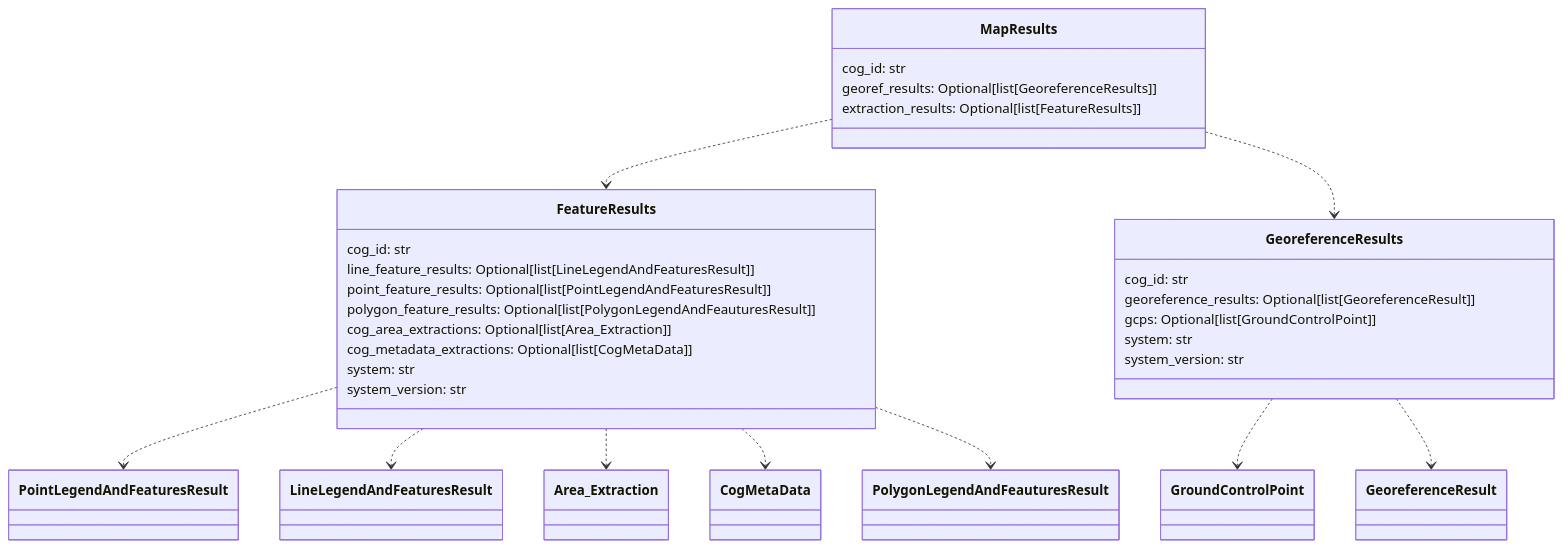
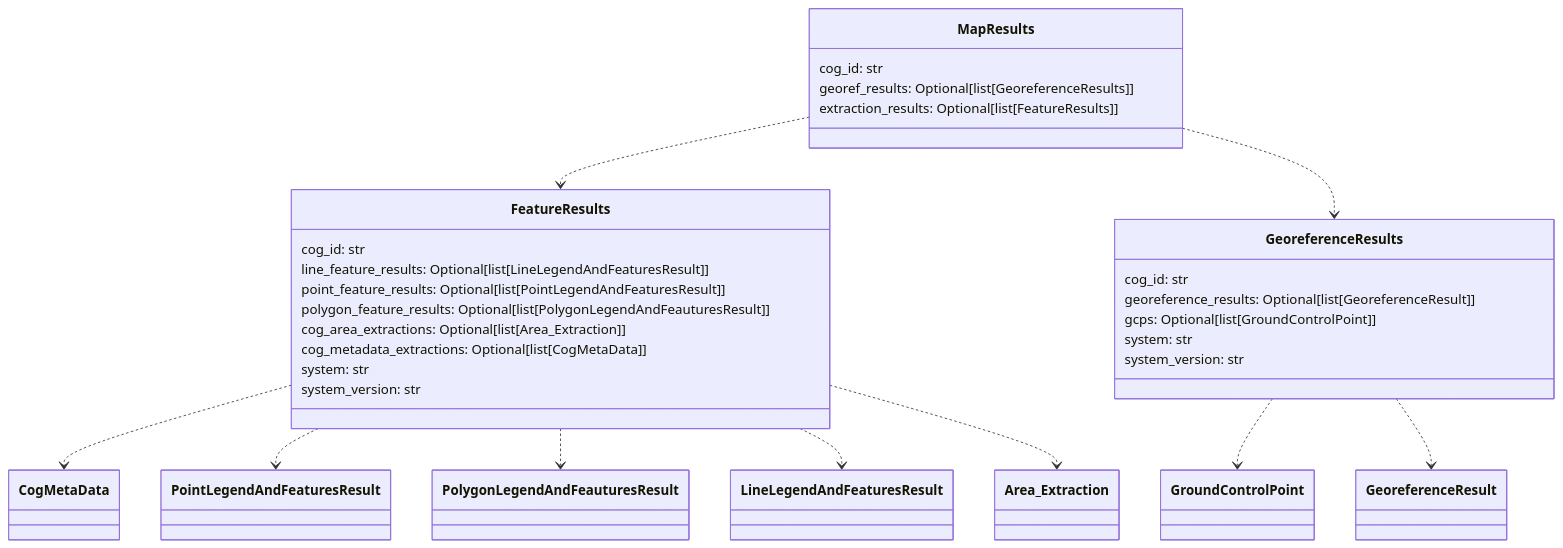
Before and after one commit to DARPA-CRITICALMAAS/cdr_schemas: diagram 11 of 12 in README.md, drawn with Mermaid. The commit also changed other lines of this file and 2 other files, not shown here.

````diff
--- a/README.md
+++ b/README.md
@@ -814,40 +814,40 @@
 ```mermaid
 classDiagram
 
     class FeatureResults {
         cog_id: str
         line_feature_results: Optional[list[LineLegendAndFeaturesResult]]
         point_feature_results: Optional[list[PointLegendAndFeaturesResult]]
         polygon_feature_results: Optional[list[PolygonLegendAndFeauturesResult]]
         cog_area_extractions: Optional[list[Area_Extraction]]
         cog_metadata_extractions: Optional[list[CogMetaData]]
         system: str
         system_version: str
     }
 
     class GeoreferenceResults {
         cog_id: str
         georeference_results: Optional[list[GeoreferenceResult]]
         gcps: Optional[list[GroundControlPoint]]
         system: str
         system_version: str
     }
 
     class MapResults {
         cog_id: str
         georef_results: Optional[list[GeoreferenceResults]]
         extraction_results: Optional[list[FeatureResults]]
     }
 
+    FeatureResults ..> CogMetaData
     FeatureResults ..> PointLegendAndFeaturesResult
+    FeatureResults ..> PolygonLegendAndFeauturesResult
     FeatureResults ..> LineLegendAndFeaturesResult
     FeatureResults ..> Area_Extraction
-    FeatureResults ..> CogMetaData
-    FeatureResults ..> PolygonLegendAndFeauturesResult
     GeoreferenceResults ..> GroundControlPoint
     GeoreferenceResults ..> GeoreferenceResult
     MapResults ..> FeatureResults
     MapResults ..> GeoreferenceResults
 
 
 ```
````
